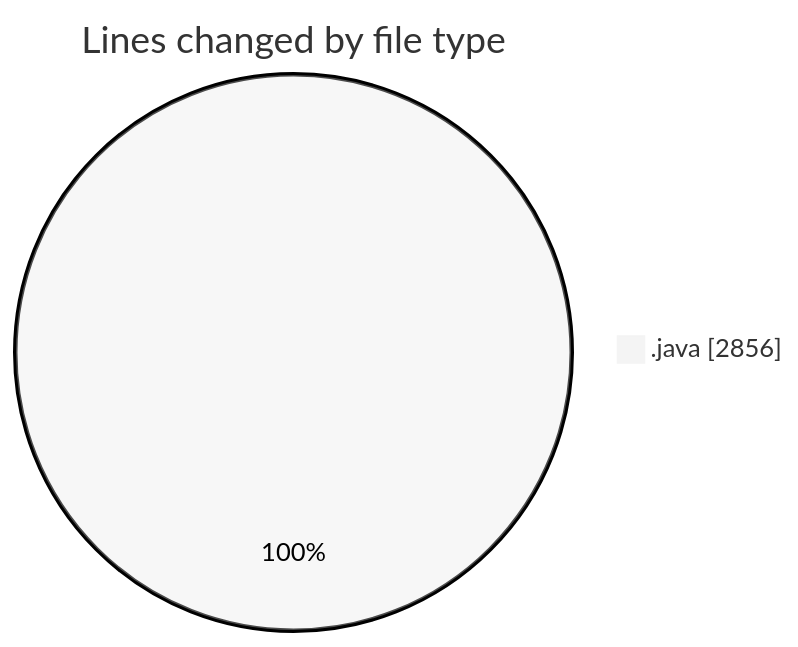
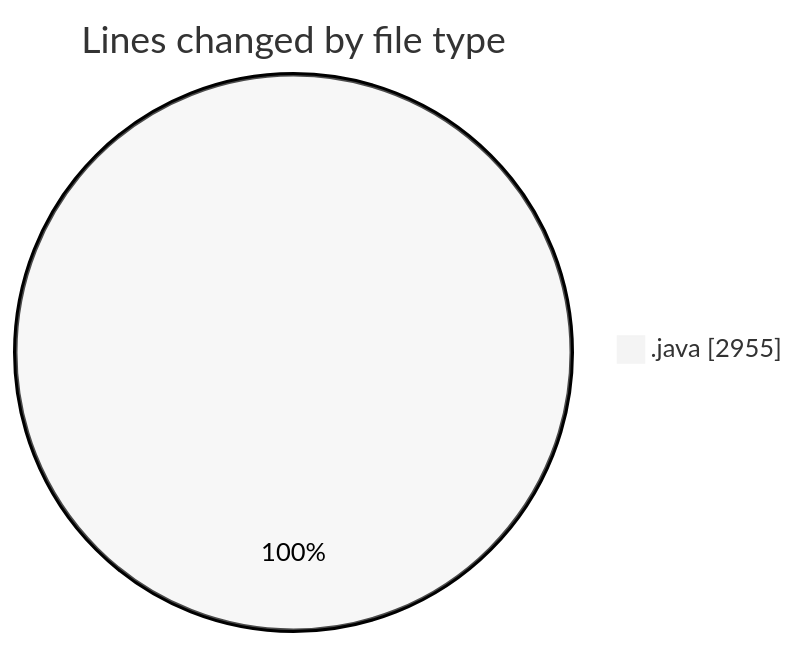
Before and after one commit to ricardozamudiocil/code-tracking: the first of 2 diagrams in 2026-06-03/cilapp/README.md, drawn with Mermaid (neutral theme). The commit also changed other lines of this file and 1 other file, not shown here.

````diff
--- a/2026-06-03/cilapp/README.md
+++ b/2026-06-03/cilapp/README.md
@@ -23,5 +23,5 @@
 ```mermaid
 pie showData
 title Lines changed by file type
-".java" : 2856
+".java" : 2955
 ```
````
